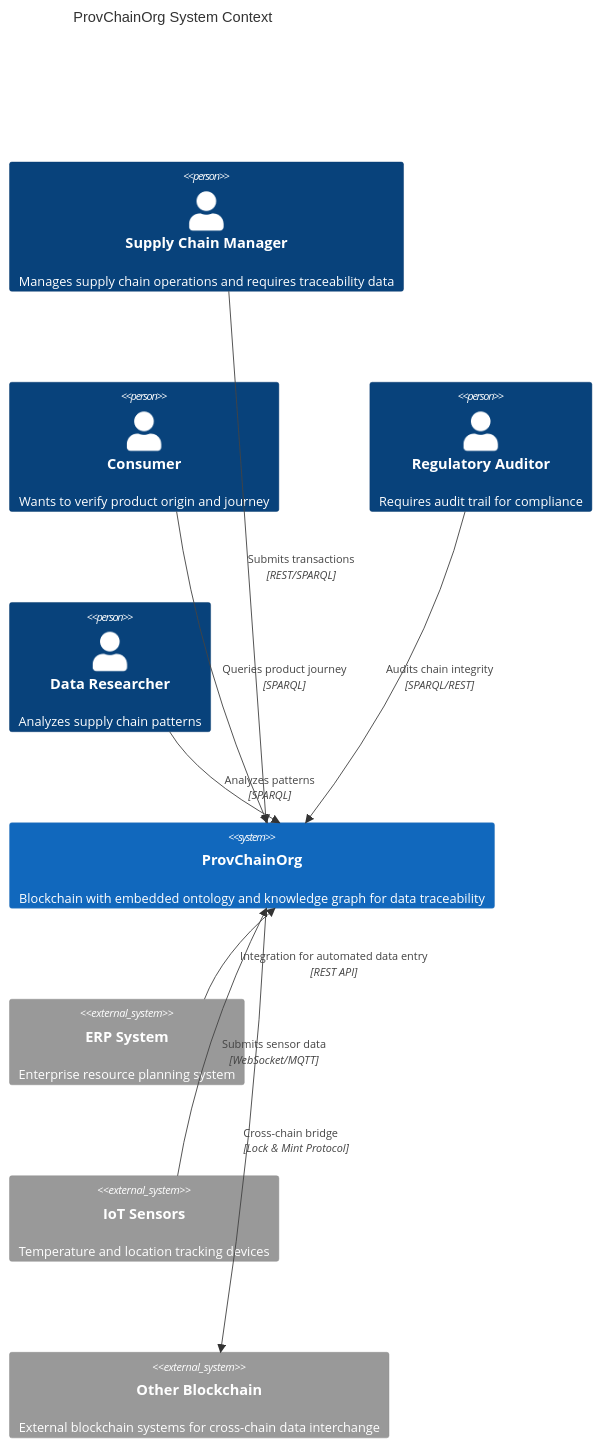
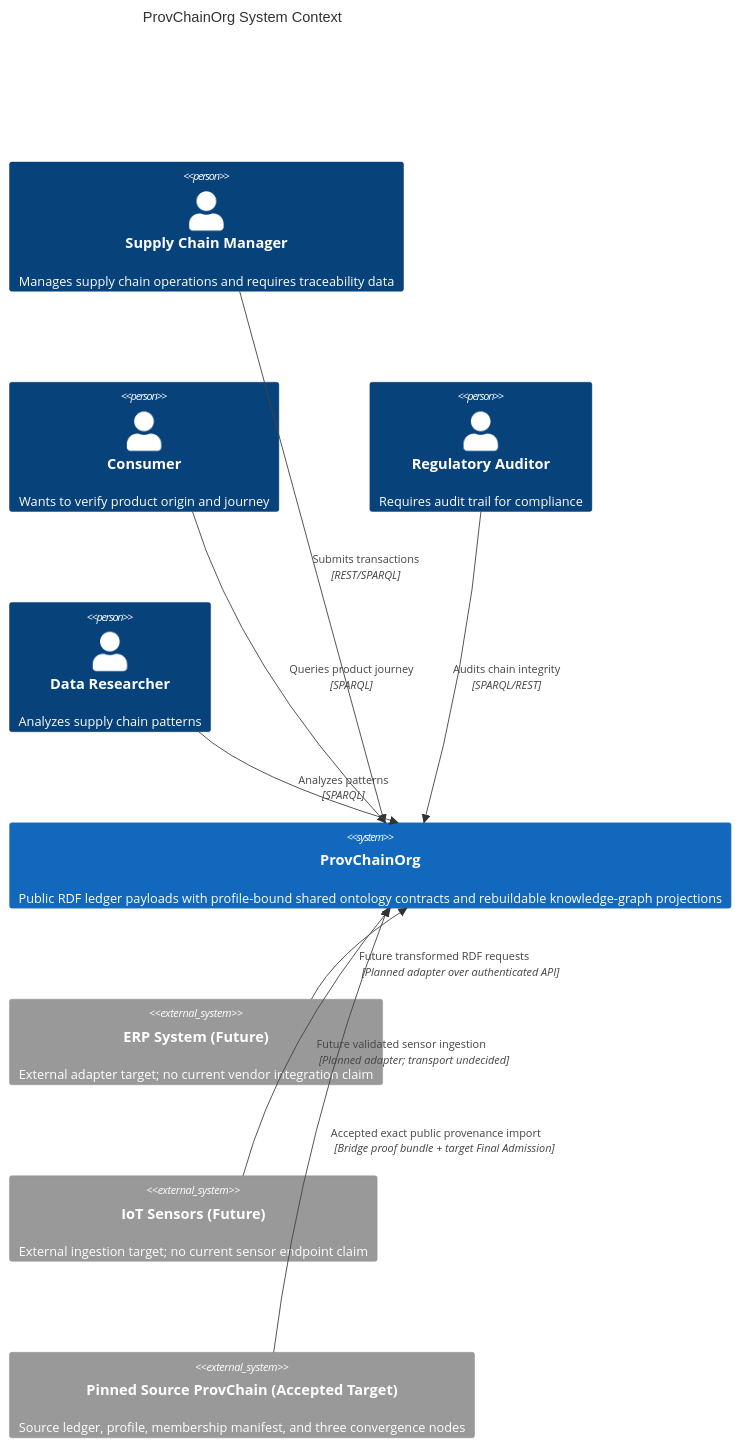
One commit to anusornc/prov-chain-pub changed the diagram in docs/architecture/SYSTEM_CONTEXT.md. Above: the diagram before and after it, drawn with Mermaid. The commit also changed other lines of this file and 178 other files, not shown here.

````diff
--- a/docs/architecture/SYSTEM_CONTEXT.md
+++ b/docs/architecture/SYSTEM_CONTEXT.md
@@ -41,24 +71,24 @@
 ```mermaid
 C4Context
     title ProvChainOrg System Context
 
     Person(supply_chain_manager, "Supply Chain Manager", "Manages supply chain operations and requires traceability data")
     Person(consumer, "Consumer", "Wants to verify product origin and journey")
     Person(auditor, "Regulatory Auditor", "Requires audit trail for compliance")
     Person(researcher, "Data Researcher", "Analyzes supply chain patterns")
 
-    System(provchain, "ProvChainOrg", "Blockchain with embedded ontology and knowledge graph for data traceability")
+    System(provchain, "ProvChainOrg", "Public RDF ledger payloads with profile-bound shared ontology contracts and rebuildable knowledge-graph projections")
 
-    System_Ext(erp_system, "ERP System", "Enterprise resource planning system")
-    System_Ext(iot_devices, "IoT Sensors", "Temperature and location tracking devices")
-    System_Ext(other_blockchain, "Other Blockchain", "External blockchain systems for cross-chain data interchange")
+    System_Ext(erp_system, "ERP System (Future)", "External adapter target; no current vendor integration claim")
+    System_Ext(iot_devices, "IoT Sensors (Future)", "External ingestion target; no current sensor endpoint claim")
+    System_Ext(source_provchain, "Pinned Source ProvChain (Accepted Target)", "Source ledger, profile, membership manifest, and three convergence nodes")
 
     Rel(supply_chain_manager, provchain, "Submits transactions", "REST/SPARQL")
     Rel(consumer, provchain, "Queries product journey", "SPARQL")
     Rel(auditor, provchain, "Audits chain integrity", "SPARQL/REST")
     Rel(researcher, provchain, "Analyzes patterns", "SPARQL")
 
-    Rel(erp_system, provchain, "Integration for automated data entry", "REST API")
-    Rel(iot_devices, provchain, "Submits sensor data", "WebSocket/MQTT")
-    Rel(provchain, other_blockchain, "Cross-chain bridge", "Lock & Mint Protocol")
+    Rel(erp_system, provchain, "Future transformed RDF requests", "Planned adapter over authenticated API")
+    Rel(iot_devices, provchain, "Future validated sensor ingestion", "Planned adapter; transport undecided")
+    Rel(source_provchain, provchain, "Accepted exact public provenance import", "Bridge proof bundle + target Final Admission")
 ```
````
